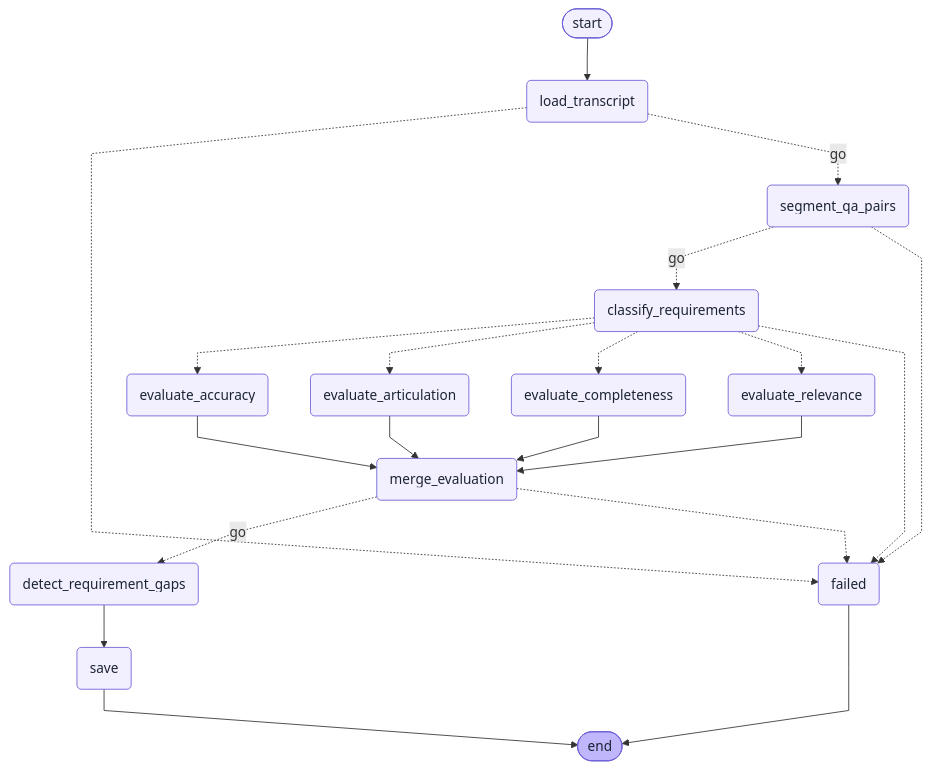
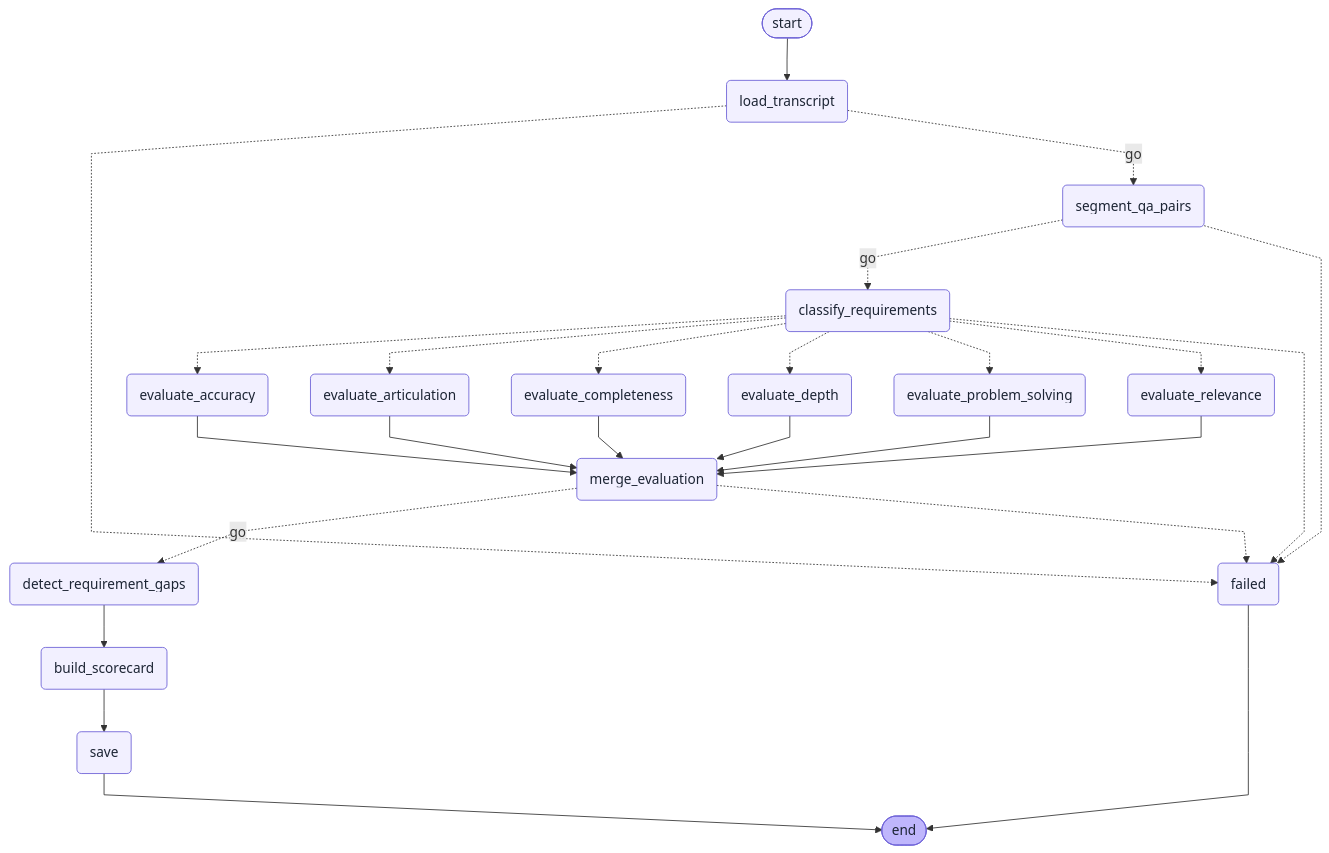
The fifth of 9 diagrams in docs/architecture/LumenAI_Workflows_From_Code.md (AKSShan10/LumenAi), drawn with Mermaid before and after one commit. The commit also changed other lines of this file and 19 other files, not shown here.

````diff
--- a/docs/architecture/LumenAI_Workflows_From_Code.md
+++ b/docs/architecture/LumenAI_Workflows_From_Code.md
@@ -166,43 +166,51 @@
 ```mermaid
 ---
 config:
   flowchart:
     curve: linear
 ---
 graph TD;
 	__start__([start]):::first
 	load_transcript(load_transcript)
 	segment_qa_pairs(segment_qa_pairs)
 	classify_requirements(classify_requirements)
 	evaluate_relevance(evaluate_relevance)
 	evaluate_accuracy(evaluate_accuracy)
 	evaluate_completeness(evaluate_completeness)
 	evaluate_articulation(evaluate_articulation)
+	evaluate_problem_solving(evaluate_problem_solving)
+	evaluate_depth(evaluate_depth)
 	merge_evaluation(merge_evaluation)
 	detect_requirement_gaps(detect_requirement_gaps)
+	build_scorecard(build_scorecard)
 	save(save)
 	failed(failed)
 	__end__([end]):::last
 	__start__ --> load_transcript;
+	build_scorecard --> save;
 	classify_requirements -.-> evaluate_accuracy;
 	classify_requirements -.-> evaluate_articulation;
 	classify_requirements -.-> evaluate_completeness;
+	classify_requirements -.-> evaluate_depth;
+	classify_requirements -.-> evaluate_problem_solving;
 	classify_requirements -.-> evaluate_relevance;
 	classify_requirements -.-> failed;
-	detect_requirement_gaps --> save;
+	detect_requirement_gaps --> build_scorecard;
 	evaluate_accuracy --> merge_evaluation;
 	evaluate_articulation --> merge_evaluation;
 	evaluate_completeness --> merge_evaluation;
+	evaluate_depth --> merge_evaluation;
+	evaluate_problem_solving --> merge_evaluation;
 	evaluate_relevance --> merge_evaluation;
 	load_transcript -.-> failed;
 	load_transcript -. go .-> segment_qa_pairs;
 	merge_evaluation -. go .-> detect_requirement_gaps;
 	merge_evaluation -.-> failed;
 	segment_qa_pairs -. go .-> classify_requirements;
 	segment_qa_pairs -.-> failed;
 	failed --> __end__;
 	save --> __end__;
 	classDef default fill:#f2f0ff,stroke:#6b5fd6,color:#1c2434,line-height:1.2
 	classDef first fill:#f2f0ff,stroke:#6b5fd6,color:#1c2434
 	classDef last fill:#bfb6fc,stroke:#6b5fd6,color:#1c2434
 ```
````
